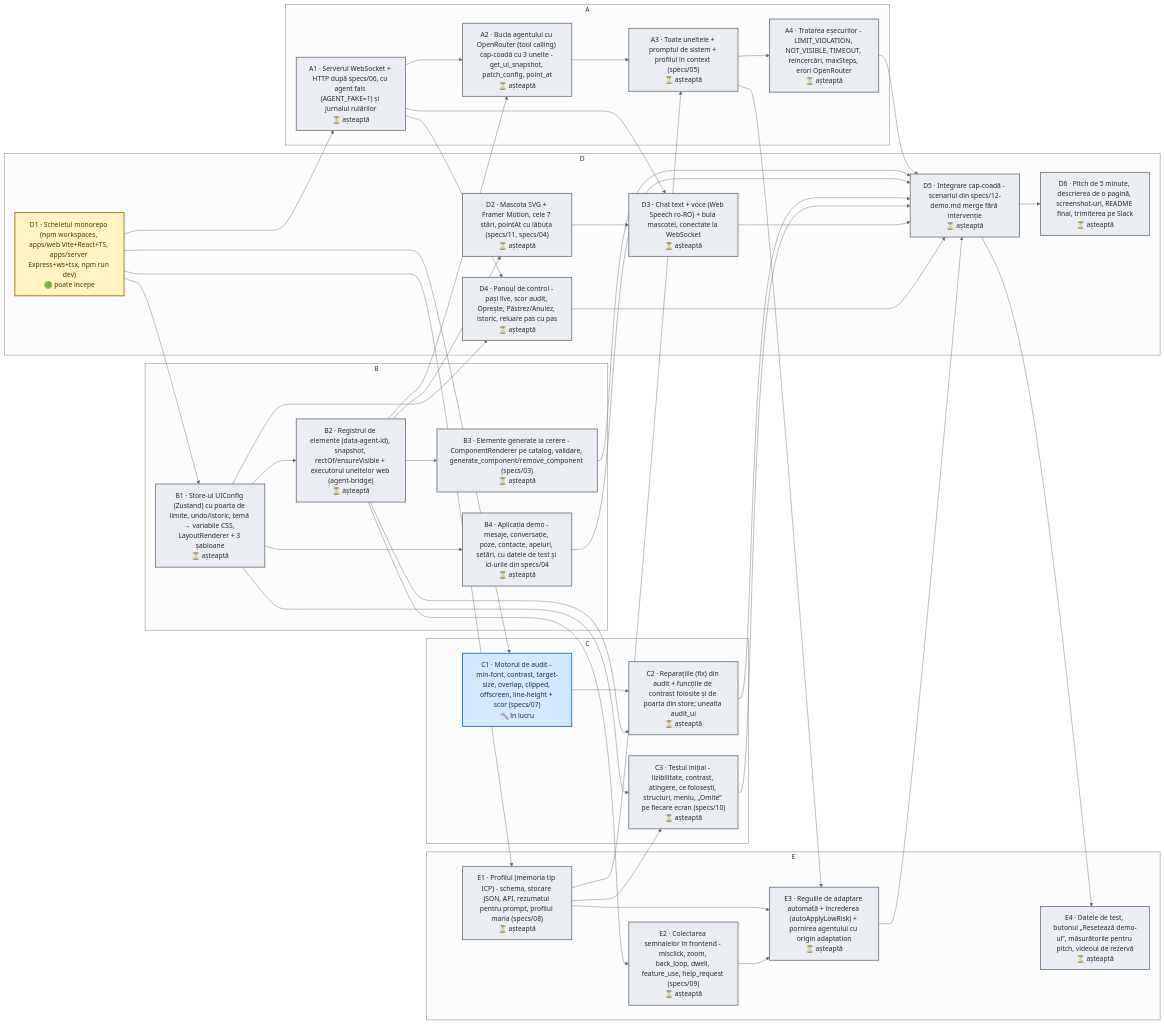
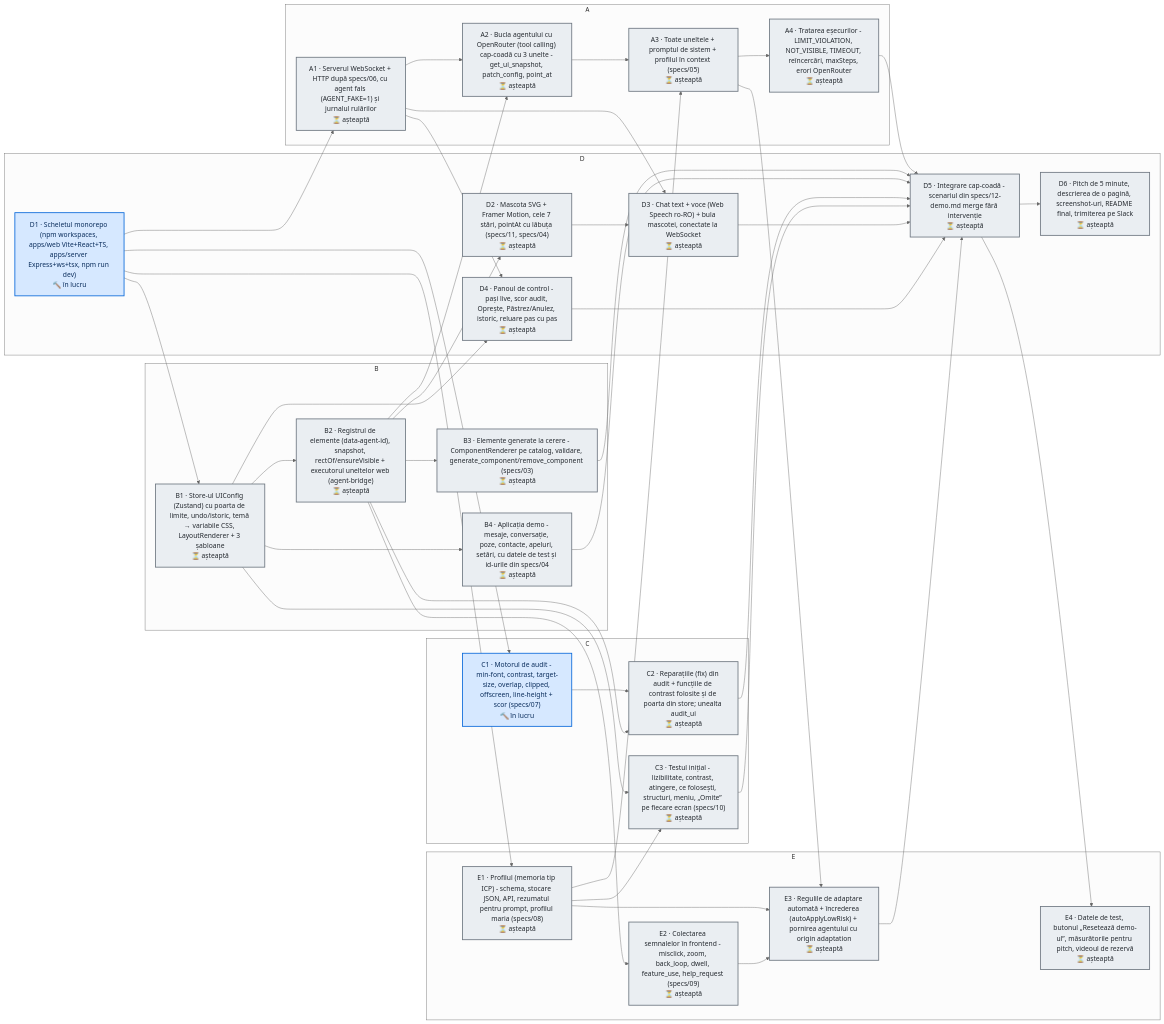
The diagram in DAG.md (06cezar/UiShapeshifter), drawn with Mermaid (neutral theme) before and after one commit. The commit also changed other lines of this file and 1 other file, not shown here.

Commit message:
dag: update [skip ci]

````diff
--- a/DAG.md
+++ b/DAG.md
@@ -8,77 +8,76 @@
 ```mermaid
 flowchart LR
   subgraph t_owner_A["A"]
     t_A1["A1 · Serverul WebSocket + HTTP după specs/06, cu agent fals (AGENT_FAKE=1) și jurnalul rulărilor<br/>⏳ așteaptă"]
     t_A2["A2 · Bucla agentului cu OpenRouter (tool calling) cap-coadă cu 3 unelte - get_ui_snapshot, patch_config, point_at<br/>⏳ așteaptă"]
     t_A3["A3 · Toate uneltele + promptul de sistem + profilul în context (specs/05)<br/>⏳ așteaptă"]
     t_A4["A4 · Tratarea eșecurilor - LIMIT_VIOLATION, NOT_VISIBLE, TIMEOUT, reîncercări, maxSteps, erori OpenRouter<br/>⏳ așteaptă"]
   end
   subgraph t_owner_B["B"]
     t_B1["B1 · Store-ul UIConfig (Zustand) cu poarta de limite, undo/istoric, temă → variabile CSS, LayoutRenderer + 3 șabloane<br/>⏳ așteaptă"]
     t_B2["B2 · Registrul de elemente (data-agent-id), snapshot, rectOf/ensureVisible + executorul uneltelor web (agent-bridge)<br/>⏳ așteaptă"]
     t_B3["B3 · Elemente generate la cerere - ComponentRenderer pe catalog, validare, generate_component/remove_component (specs/03)<br/>⏳ așteaptă"]
     t_B4["B4 · Aplicația demo - mesaje, conversație, poze, contacte, apeluri, setări, cu datele de test și id-urile din specs/04<br/>⏳ așteaptă"]
   end
   subgraph t_owner_C["C"]
     t_C1["C1 · Motorul de audit - min-font, contrast, target-size, overlap, clipped, offscreen, line-height + scor (specs/07)<br/>🔨 în lucru"]
     t_C2["C2 · Reparațiile (fix) din audit + funcțiile de contrast folosite și de poarta din store; unealta audit_ui<br/>⏳ așteaptă"]
     t_C3["C3 · Testul inițial - lizibilitate, contrast, atingere, ce folosești, structuri, meniu, „Omite” pe fiecare ecran (specs/10)<br/>⏳ așteaptă"]
   end
   subgraph t_owner_D["D"]
-    t_D1["D1 · Scheletul monorepo (npm workspaces, apps/web Vite+React+TS, apps/server Express+ws+tsx, npm run dev)<br/>🟢 poate începe"]
+    t_D1["D1 · Scheletul monorepo (npm workspaces, apps/web Vite+React+TS, apps/server Express+ws+tsx, npm run dev)<br/>🔨 în lucru"]
     t_D2["D2 · Mascota SVG + Framer Motion, cele 7 stări, pointAt cu lăbuța (specs/11, specs/04)<br/>⏳ așteaptă"]
     t_D3["D3 · Chat text + voce (Web Speech ro-RO) + bula mascotei, conectate la WebSocket<br/>⏳ așteaptă"]
     t_D4["D4 · Panoul de control - pași live, scor audit, Oprește, Păstrez/Anulez, istoric, reluare pas cu pas<br/>⏳ așteaptă"]
     t_D5["D5 · Integrare cap-coadă - scenariul din specs/12-demo.md merge fără intervenție<br/>⏳ așteaptă"]
     t_D6["D6 · Pitch de 5 minute, descrierea de o pagină, screenshot-uri, README final, trimiterea pe Slack<br/>⏳ așteaptă"]
   end
   subgraph t_owner_E["E"]
     t_E1["E1 · Profilul (memoria tip ICP) - schema, stocare JSON, API, rezumatul pentru prompt, profilul maria (specs/08)<br/>⏳ așteaptă"]
     t_E2["E2 · Colectarea semnalelor în frontend - misclick, zoom, back_loop, dwell, feature_use, help_request (specs/09)<br/>⏳ așteaptă"]
     t_E3["E3 · Regulile de adaptare automată + încrederea (autoApplyLowRisk) + pornirea agentului cu origin adaptation<br/>⏳ așteaptă"]
     t_E4["E4 · Datele de test, butonul „Resetează demo-ul”, măsurătorile pentru pitch, videoul de rezervă<br/>⏳ așteaptă"]
   end
   t_B2 --> t_D2
   t_A1 --> t_D3
   t_D2 --> t_D3
   t_A1 --> t_D4
   t_B1 --> t_D4
   t_A4 --> t_D5
   t_B3 --> t_D5
   t_B4 --> t_D5
   t_C2 --> t_D5
   t_C3 --> t_D5
   t_D3 --> t_D5
   t_D4 --> t_D5
   t_E3 --> t_D5
   t_D5 --> t_D6
   t_D1 --> t_A1
   t_A1 --> t_A2
   t_B2 --> t_A2
   t_A2 --> t_A3
   t_E1 --> t_A3
   t_A3 --> t_A4
   t_D1 --> t_B1
   t_B1 --> t_B2
   t_B2 --> t_B3
   t_B1 --> t_B4
   t_D1 --> t_C1
   t_C1 --> t_C2
   t_B2 --> t_C2
   t_B1 --> t_C3
   t_E1 --> t_C3
   t_D1 --> t_E1
   t_B2 --> t_E2
   t_E1 --> t_E3
   t_E2 --> t_E3
   t_A3 --> t_E3
   t_D5 --> t_E4
   classDef done fill:#d3f5dc,stroke:#1a7f37,color:#0b3d1a,stroke-width:2px
   classDef progress fill:#d6e8ff,stroke:#0969da,color:#0a2d5c,stroke-width:2px
   classDef ready fill:#fff4c2,stroke:#9a6700,color:#4d3300,stroke-width:2px
   classDef wait fill:#eaeef2,stroke:#6e7781,color:#24292f,stroke-width:2px
   classDef blocked fill:#ffd8d3,stroke:#cf222e,color:#5c0b10,stroke-width:2px
-  class t_C1 progress
-  class t_D1 ready
+  class t_D1,t_C1 progress
   class t_D2,t_D3,t_D4,t_D5,t_D6,t_A1,t_A2,t_A3,t_A4,t_B1,t_B2,t_B3,t_B4,t_C2,t_C3,t_E1,t_E2,t_E3,t_E4 wait
 ```
````
